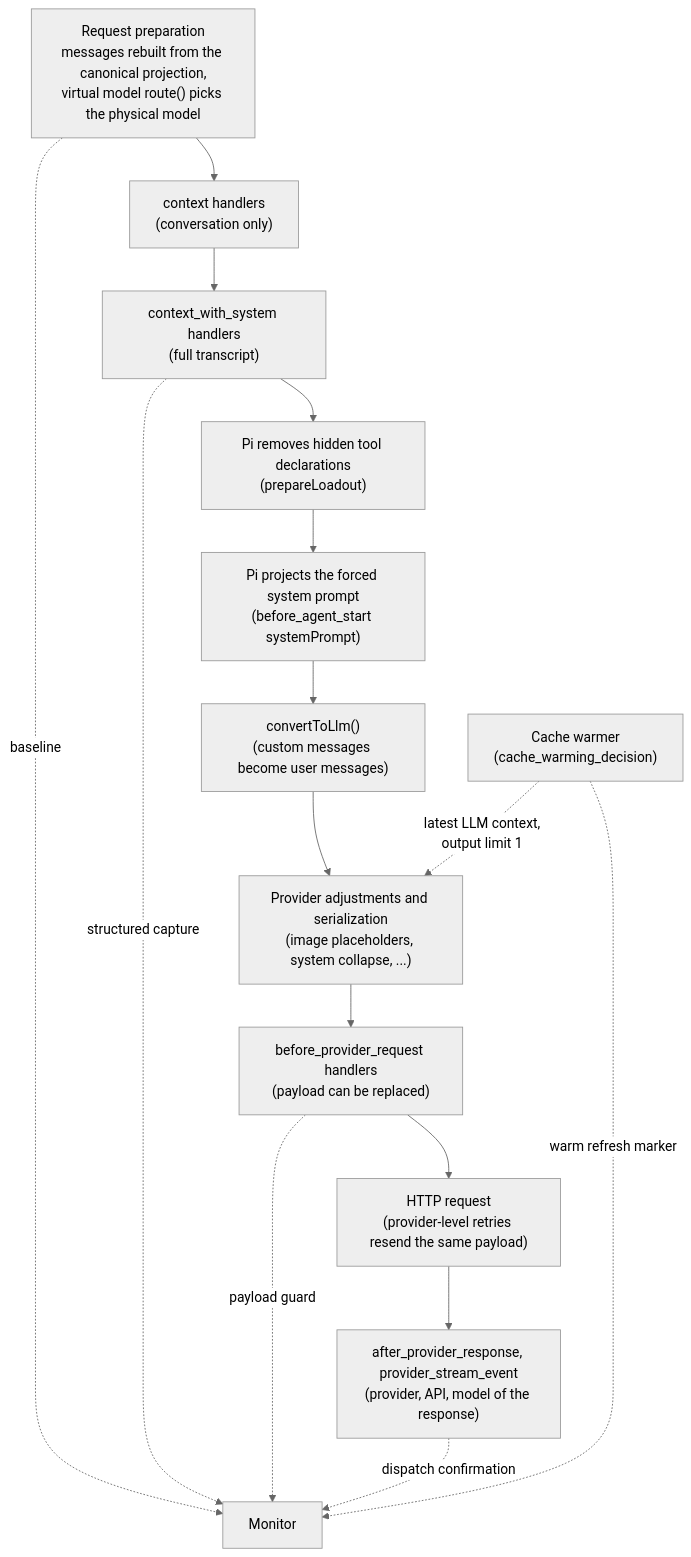
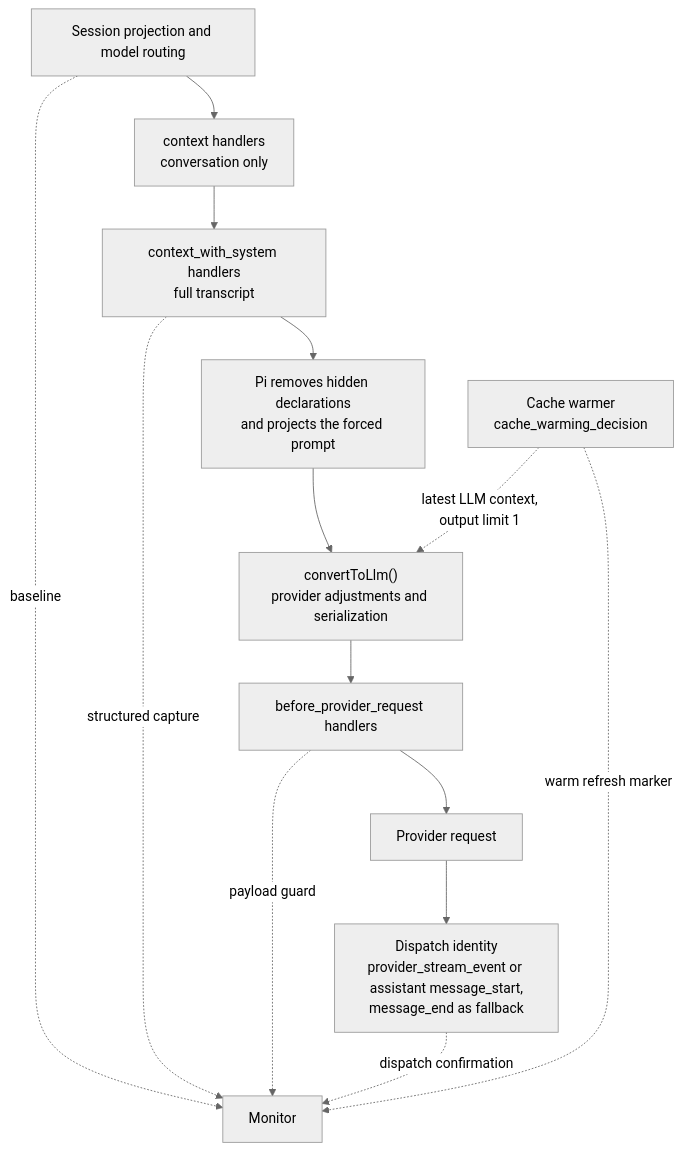
One commit to dimk90/pi-context-view changed the diagram in doc/REQUEST-ONLY-INJECTIONS.md. Above: the diagram before and after it, drawn with Mermaid (neutral theme). The commit also changed other lines of this file, not shown here.

Commit message:
[doc] Clean up request-only capturing architecture

````diff
--- a/doc/REQUEST-ONLY-INJECTIONS.md
+++ b/doc/REQUEST-ONLY-INJECTIONS.md
@@ -45,18 +31,16 @@
 ```mermaid
 flowchart TD
-    A["Request preparation<br/>messages rebuilt from the canonical projection,<br/>virtual model route() picks the physical model"] --> B["context handlers<br/>(conversation only)"]
-    B --> C["context_with_system handlers<br/>(full transcript)"]
-    C --> D["Pi removes hidden tool declarations<br/>(prepareLoadout)"]
-    D --> E["Pi projects the forced system prompt<br/>(before_agent_start systemPrompt)"]
-    E --> F["convertToLlm()<br/>(custom messages become user messages)"]
-    F --> G["Provider adjustments and serialization<br/>(image placeholders, system collapse, ...)"]
-    G --> H["before_provider_request handlers<br/>(payload can be replaced)"]
-    H --> I["HTTP request<br/>(provider-level retries resend the same payload)"]
-    I --> J["after_provider_response, provider_stream_event<br/>(provider, API, model of the response)"]
-    W["Cache warmer<br/>(cache_warming_decision)"] -.->|"latest LLM context,<br/>output limit 1"| G
+    A["Session projection and model routing"] --> B["context handlers<br/>conversation only"]
+    B --> C["context_with_system handlers<br/>full transcript"]
+    C --> D["Pi removes hidden declarations<br/>and projects the forced prompt"]
+    D --> E["convertToLlm()<br/>provider adjustments and serialization"]
+    E --> F["before_provider_request handlers"]
+    F --> G["Provider request"]
+    G --> H["Dispatch identity<br/>provider_stream_event or assistant message_start,<br/>message_end as fallback"]
+    W["Cache warmer<br/>cache_warming_decision"] -.->|"latest LLM context,<br/>output limit 1"| E
     A -.->|baseline| M["Monitor"]
     C -.->|structured capture| M
-    H -.->|payload guard| M
-    J -.->|dispatch confirmation| M
+    F -.->|payload guard| M
+    H -.->|dispatch confirmation| M
     W -.->|warm refresh marker| M
 ```
````
